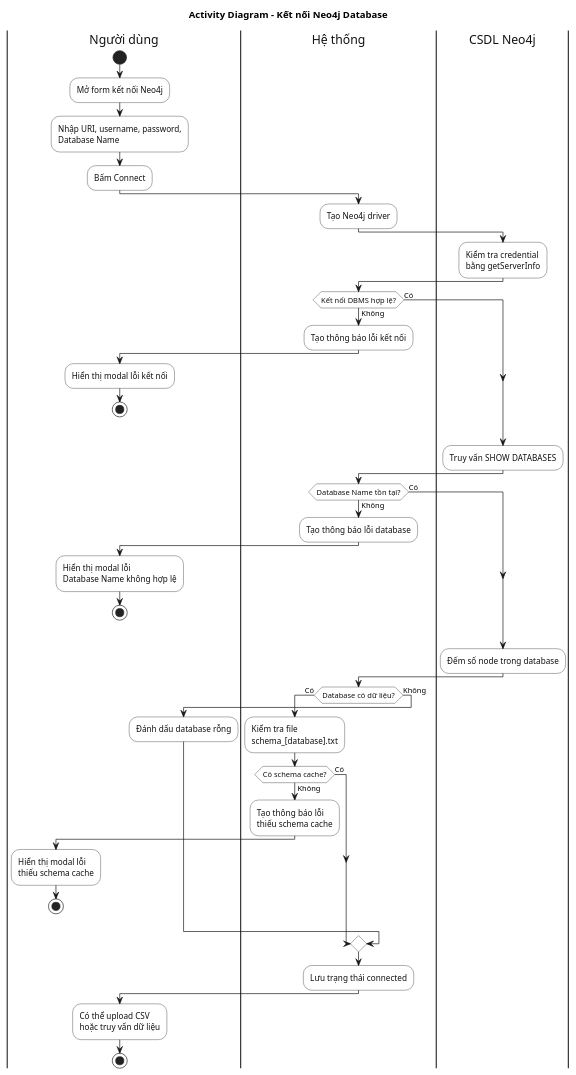
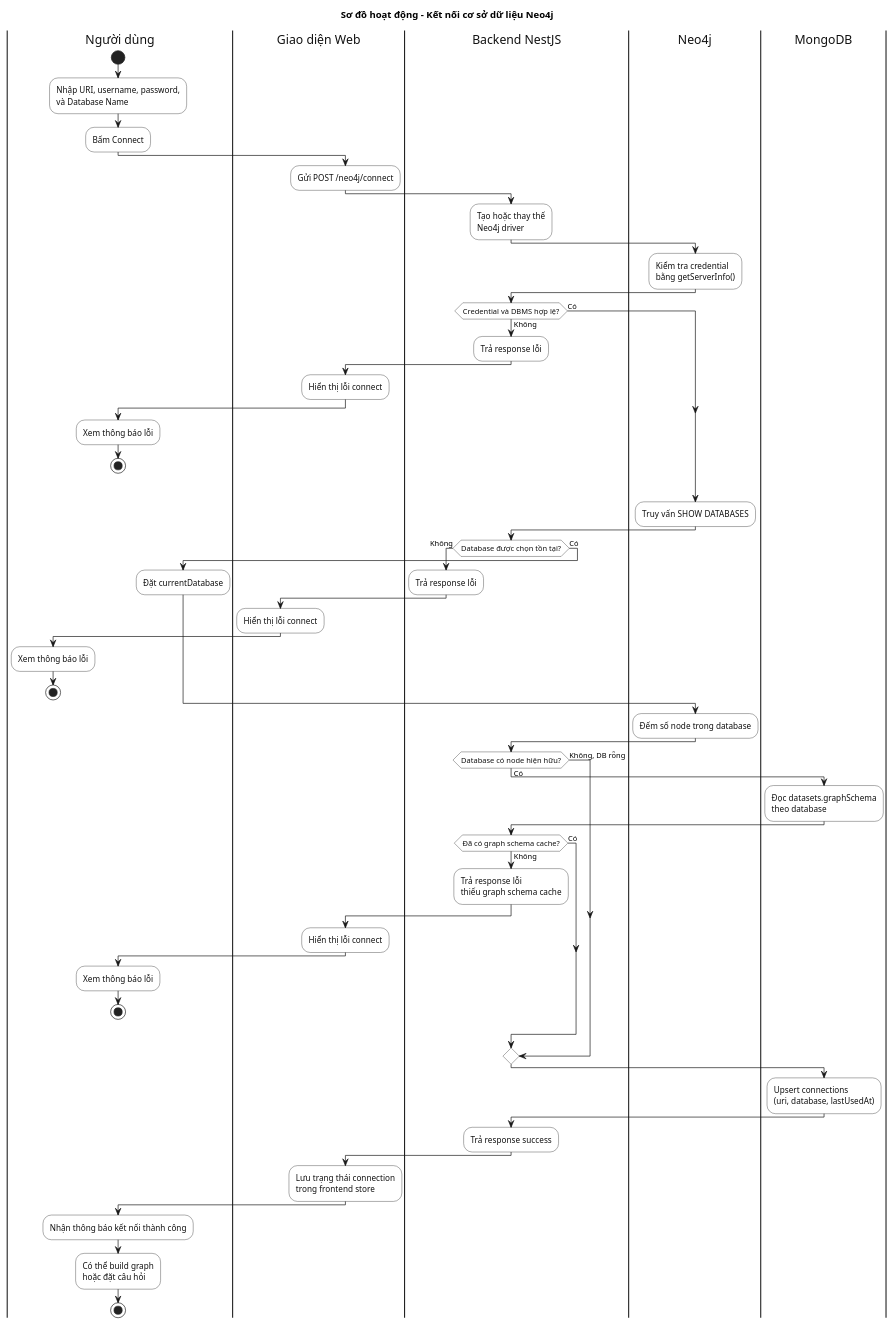
Before and after one commit to duylinh1510/Web-KLTN: the diagram in docs/diagrams/activity/activity-connect-database.puml, drawn with PlantUML. The commit also changed 18 other files, not shown here.

```diff
--- a/docs/diagrams/activity/activity-connect-database.puml
+++ b/docs/diagrams/activity/activity-connect-database.puml
@@ -1,79 +1,96 @@
 @startuml activity_connect_database
-title Activity Diagram - Kết nối Neo4j Database
+title Sơ đồ hoạt động - Kết nối cơ sở dữ liệu Neo4j
 
 skinparam backgroundColor #FFFFFF
 skinparam shadowing false
 skinparam defaultFontName Arial
 skinparam activity {
   BorderColor #111111
   BackgroundColor #FFFFFF
   FontColor #111111
 }
 skinparam activityDiamond {
   BorderColor #111111
   BackgroundColor #FFFFFF
 }
 skinparam swimlane {
   BorderColor #111111
   TitleBackgroundColor #FFFFFF
   TitleFontColor #111111
 }
 
 |Người dùng|
 start
-:Mở form kết nối Neo4j;
-:Nhập URI, username, password,\nDatabase Name;
+:Nhập URI, username, password,\nvà Database Name;
 :Bấm Connect;
 
-|Hệ thống|
-:Tạo Neo4j driver;
+|Giao diện Web|
+:Gửi POST /neo4j/connect;
 
-|CSDL Neo4j|
-:Kiểm tra credential\nbằng getServerInfo;
+|Backend NestJS|
+:Tạo hoặc thay thế\nNeo4j driver;
 
-|Hệ thống|
-if (Kết nối DBMS hợp lệ?) then (Không)
-  :Tạo thông báo lỗi kết nối;
+|Neo4j|
+:Kiểm tra credential\nbằng getServerInfo();
+
+|Backend NestJS|
+if (Credential và DBMS hợp lệ?) then (Không)
+  :Trả response lỗi;
+  |Giao diện Web|
+  :Hiển thị lỗi connect;
   |Người dùng|
-  :Hiển thị modal lỗi kết nối;
+  :Xem thông báo lỗi;
   stop
 else (Có)
 endif
 
-|CSDL Neo4j|
+|Neo4j|
 :Truy vấn SHOW DATABASES;
 
-|Hệ thống|
-if (Database Name tồn tại?) then (Không)
-  :Tạo thông báo lỗi database;
+|Backend NestJS|
+if (Database được chọn tồn tại?) then (Không)
+  :Trả response lỗi;
+  |Giao diện Web|
+  :Hiển thị lỗi connect;
   |Người dùng|
-  :Hiển thị modal lỗi\nDatabase Name không hợp lệ;
+  :Xem thông báo lỗi;
   stop
 else (Có)
+  :Đặt currentDatabase;
 endif
 
-|CSDL Neo4j|
+|Neo4j|
 :Đếm số node trong database;
 
-|Hệ thống|
-if (Database có dữ liệu?) then (Có)
-  :Kiểm tra file\nschema_[database].txt;
-  if (Có schema cache?) then (Không)
-    :Tạo thông báo lỗi\nthiếu schema cache;
+|Backend NestJS|
+if (Database có node hiện hữu?) then (Có)
+  |MongoDB|
+  :Đọc datasets.graphSchema\ntheo database;
+  |Backend NestJS|
+  if (Đã có graph schema cache?) then (Không)
+    :Trả response lỗi\nthiếu graph schema cache;
+    |Giao diện Web|
+    :Hiển thị lỗi connect;
     |Người dùng|
-    :Hiển thị modal lỗi\nthiếu schema cache;
+    :Xem thông báo lỗi;
     stop
   else (Có)
   endif
-else (Không)
-  :Đánh dấu database rỗng;
+else (Không, DB rỗng)
 endif
 
-|Hệ thống|
-:Lưu trạng thái connected;
+|MongoDB|
+:Upsert connections\n(uri, database, lastUsedAt);
+
+|Backend NestJS|
+:Trả response success;
+
+|Giao diện Web|
+:Lưu trạng thái connection\ntrong frontend store;
 
 |Người dùng|
-:Có thể upload CSV\nhoặc truy vấn dữ liệu;
+:Nhận thông báo kết nối thành công;
+:Có thể build graph\nhoặc đặt câu hỏi;
 stop
 
 @enduml
```
